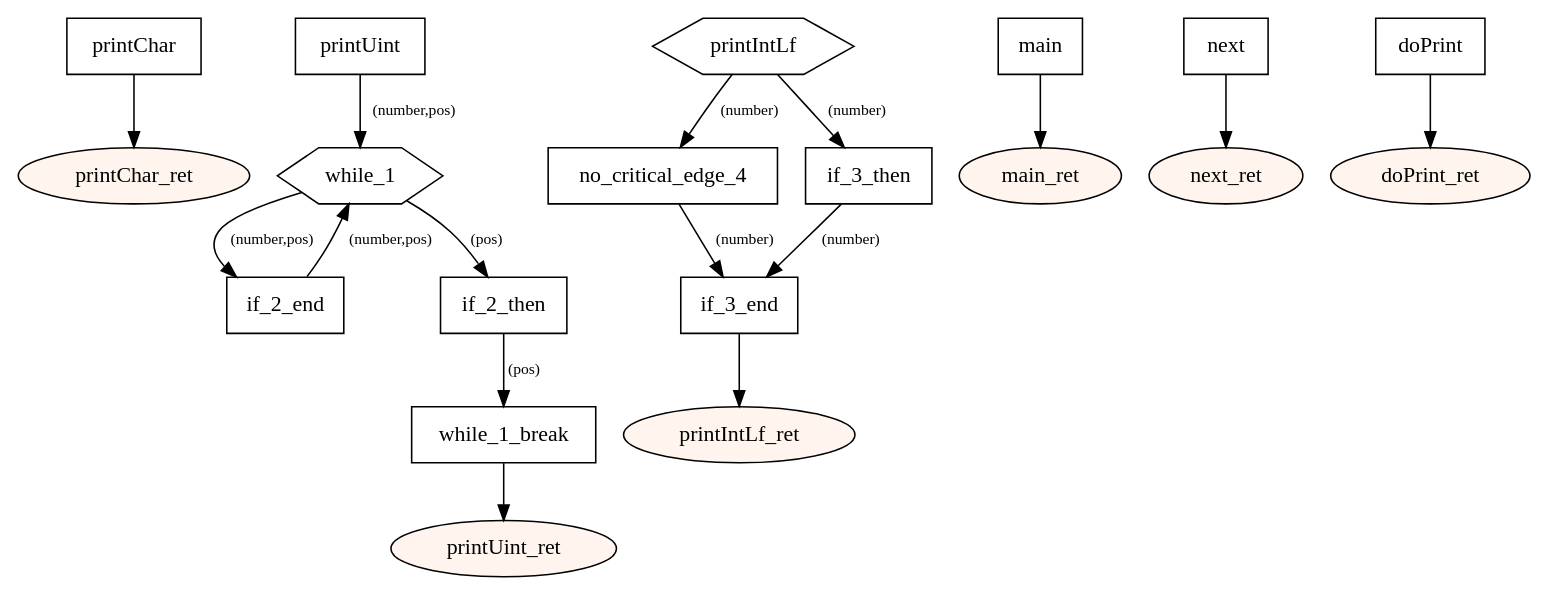
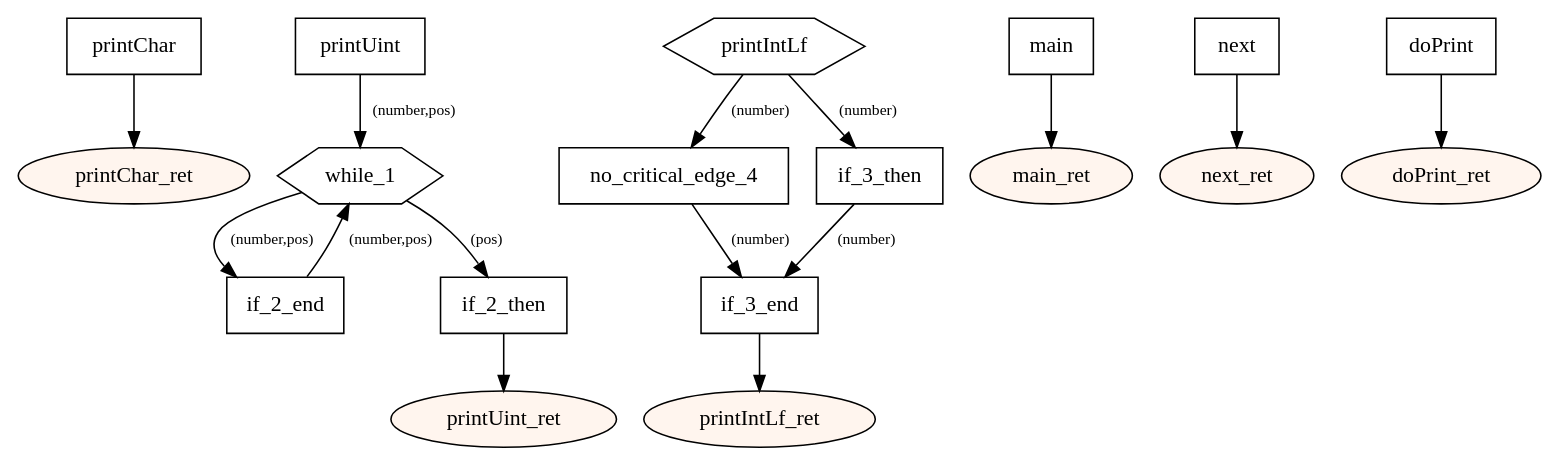
One commit to tmssngr/tinyC changed the diagram in src/main/resources-test/05 call.dot. Above: the diagram before and after it, drawn with Graphviz. The commit also changed 34 other files, not shown here.

```diff
--- a/src/main/resources-test/05 call.dot
+++ b/src/main/resources-test/05 call.dot
@@ -1,49 +1,47 @@
 digraph program {
 	edge[fontsize="10pt"];
 	subgraph fn_printChar {
 		BasicBlock_0_printChar [label="printChar",shape=box];
 		BasicBlock_0_printChar -> BasicBlock_0_printChar_ret;
 		BasicBlock_0_printChar_ret [label="printChar_ret",shape=oval,style=filled,fillcolor="#fff5ee"];
 	}
 	subgraph fn_printUint {
 		BasicBlock_1_printUint [label="printUint",shape=box];
 		BasicBlock_1_printUint -> BasicBlock_1_while_1 [label="(number,pos)"];
 		BasicBlock_1_while_1 [label="while_1",shape=hexagon];
 		BasicBlock_1_while_1 -> BasicBlock_1_if_2_end [label="(number,pos)"];
 		BasicBlock_1_while_1 -> BasicBlock_1_if_2_then [label="(pos)"];
 		BasicBlock_1_if_2_then [label="if_2_then",shape=box];
-		BasicBlock_1_if_2_then -> BasicBlock_1_while_1_break [label="(pos)"];
-		BasicBlock_1_while_1_break [label="while_1_break",shape=box];
-		BasicBlock_1_while_1_break -> BasicBlock_1_printUint_ret;
+		BasicBlock_1_if_2_then -> BasicBlock_1_printUint_ret;
 		BasicBlock_1_if_2_end [label="if_2_end",shape=box];
 		BasicBlock_1_if_2_end -> BasicBlock_1_while_1 [label="(number,pos)"];
 		BasicBlock_1_printUint_ret [label="printUint_ret",shape=oval,style=filled,fillcolor="#fff5ee"];
 	}
 	subgraph fn_printIntLf {
 		BasicBlock_2_printIntLf [label="printIntLf",shape=hexagon];
 		BasicBlock_2_printIntLf -> BasicBlock_2_no_critical_edge_4 [label="(number)"];
 		BasicBlock_2_printIntLf -> BasicBlock_2_if_3_then [label="(number)"];
 		BasicBlock_2_if_3_then [label="if_3_then",shape=box];
 		BasicBlock_2_if_3_then -> BasicBlock_2_if_3_end [label="(number)"];
 		BasicBlock_2_no_critical_edge_4 [label="no_critical_edge_4",shape=box];
 		BasicBlock_2_no_critical_edge_4 -> BasicBlock_2_if_3_end [label="(number)"];
 		BasicBlock_2_if_3_end [label="if_3_end",shape=box];
 		BasicBlock_2_if_3_end -> BasicBlock_2_printIntLf_ret;
 		BasicBlock_2_printIntLf_ret [label="printIntLf_ret",shape=oval,style=filled,fillcolor="#fff5ee"];
 	}
 	subgraph fn_main {
 		BasicBlock_3_main [label="main",shape=box];
 		BasicBlock_3_main -> BasicBlock_3_main_ret;
 		BasicBlock_3_main_ret [label="main_ret",shape=oval,style=filled,fillcolor="#fff5ee"];
 	}
 	subgraph fn_next {
 		BasicBlock_4_next [label="next",shape=box];
 		BasicBlock_4_next -> BasicBlock_4_next_ret;
 		BasicBlock_4_next_ret [label="next_ret",shape=oval,style=filled,fillcolor="#fff5ee"];
 	}
 	subgraph fn_doPrint {
 		BasicBlock_5_doPrint [label="doPrint",shape=box];
 		BasicBlock_5_doPrint -> BasicBlock_5_doPrint_ret;
 		BasicBlock_5_doPrint_ret [label="doPrint_ret",shape=oval,style=filled,fillcolor="#fff5ee"];
 	}
 }
```
